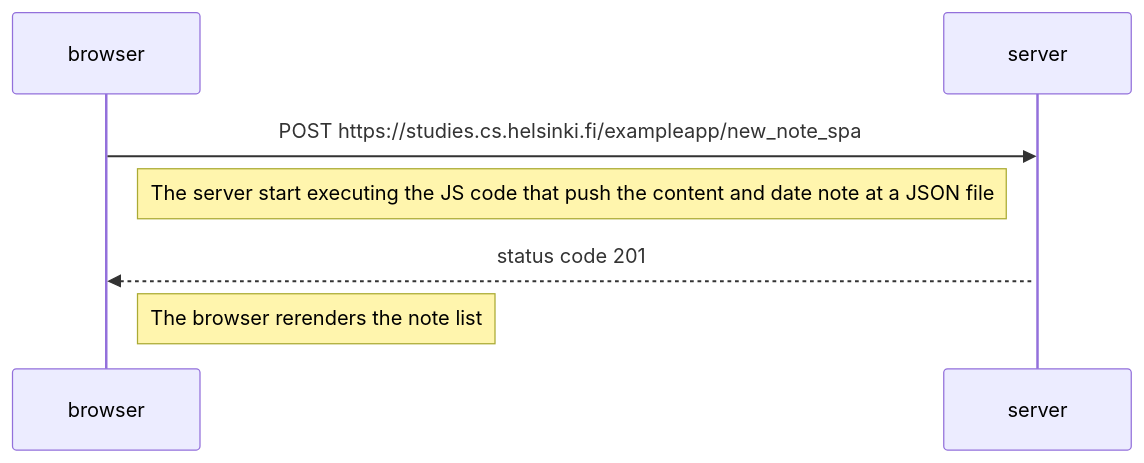
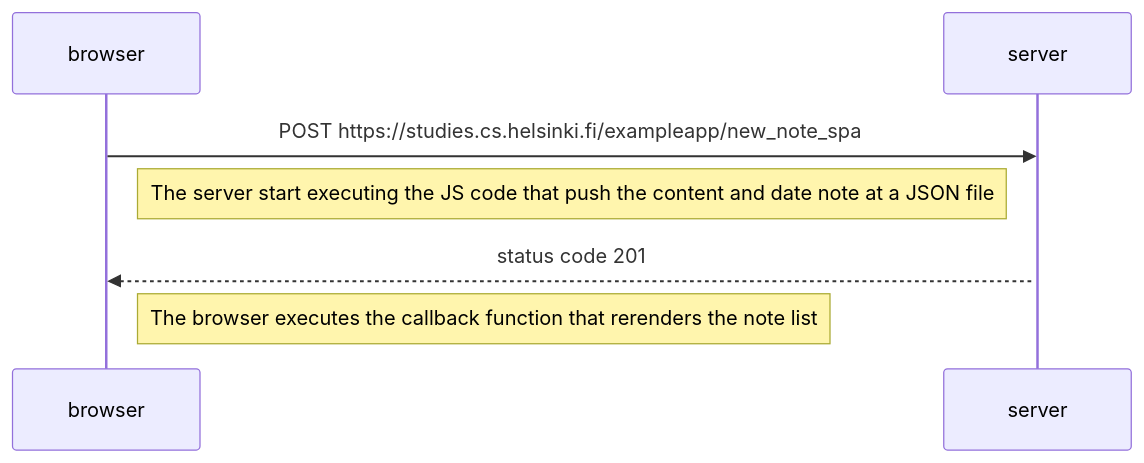
The diagram in Part0/0.7.New_Note_SPA_Diagram.md (juliabraga/Full-Stack-Open-2022), drawn with Mermaid before and after one commit. The commit also changed 1 other file, not shown here.

Commit message:
Complete Part 0

````diff
--- a/Part0/0.7.New_Note_SPA_Diagram.md
+++ b/Part0/0.7.New_Note_SPA_Diagram.md
@@ -3,11 +3,11 @@
 ```mermaid
     sequenceDiagram
     participant browser
     participant server
     
     browser->>server: POST https://studies.cs.helsinki.fi/exampleapp/new_note_spa
     Note left of server: The server start executing the JS code that push the content and date note at a JSON file
     activate server
     server-->>browser: status code 201
-    Note right of browser: The browser rerenders the note list
+    Note right of browser: The browser executes the callback function that rerenders the note list
 ```
````
